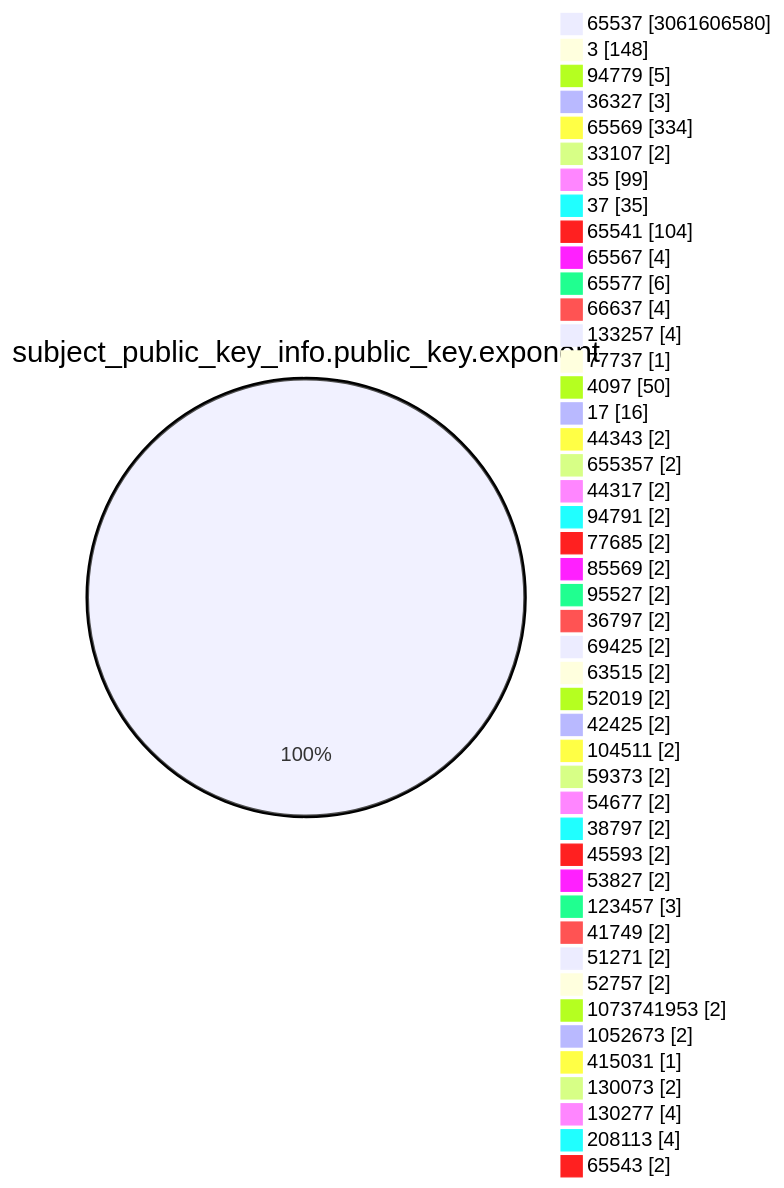
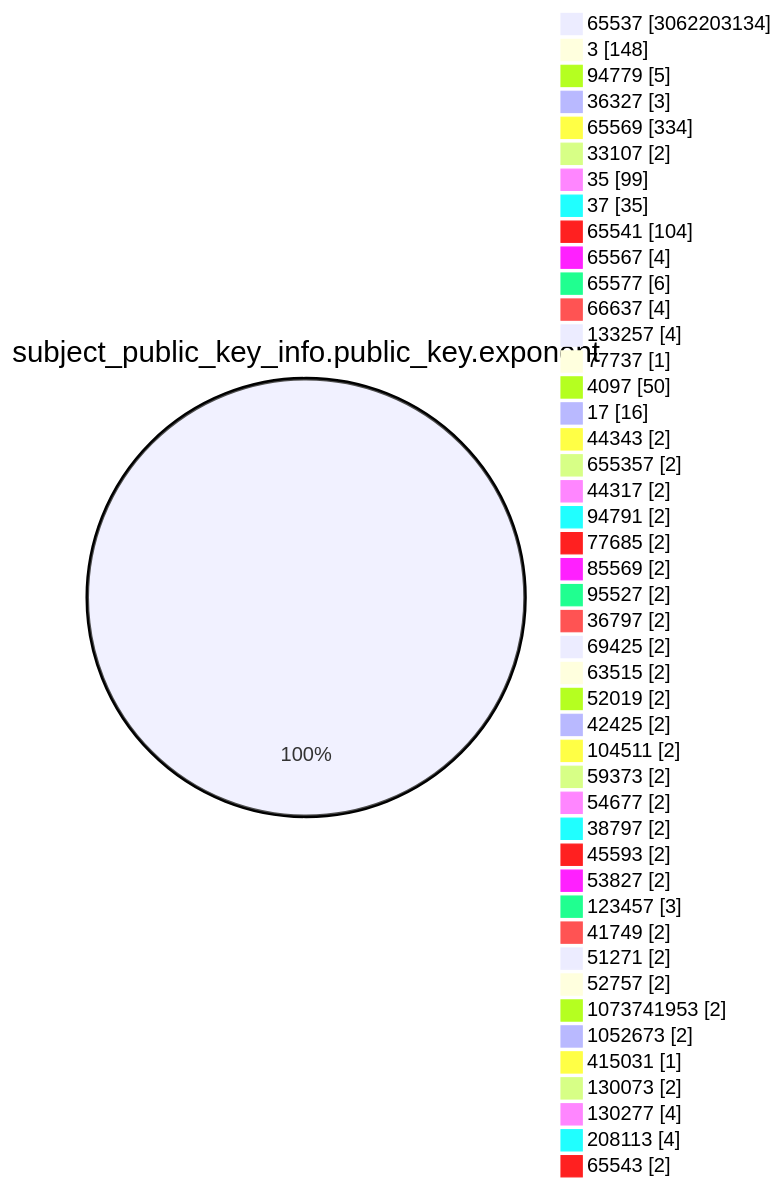
The fourth of 15 diagrams in TOTAL/README.md (christiankrug/ctmonitor_visualization), drawn with Mermaid before and after one commit. The commit also changed other lines of this file, not shown here.

````diff
--- a/TOTAL/README.md
+++ b/TOTAL/README.md
@@ -1473,49 +1473,49 @@
 ```mermaid
 pie showData
 title subject_public_key_info.public_key.exponent
-"65537" :3061606580
+"65537" :3062203134
 "3" :148
 "94779" :5
 "36327" :3
 "65569" :334
 "33107" :2
 "35" :99
 "37" :35
 "65541" :104
 "65567" :4
 "65577" :6
 "66637" :4
 "133257" :4
 "77737" :1
 "4097" :50
 "17" :16
 "44343" :2
 "655357" :2
 "44317" :2
 "94791" :2
 "77685" :2
 "85569" :2
 "95527" :2
 "36797" :2
 "69425" :2
 "63515" :2
 "52019" :2
 "42425" :2
 "104511" :2
 "59373" :2
 "54677" :2
 "38797" :2
 "45593" :2
 "53827" :2
 "123457" :3
 "41749" :2
 "51271" :2
 "52757" :2
 "1073741953" :2
 "1052673" :2
 "415031" :1
 "130073" :2
 "130277" :4
 "208113" :4
 "65543" :2
 ```
````
